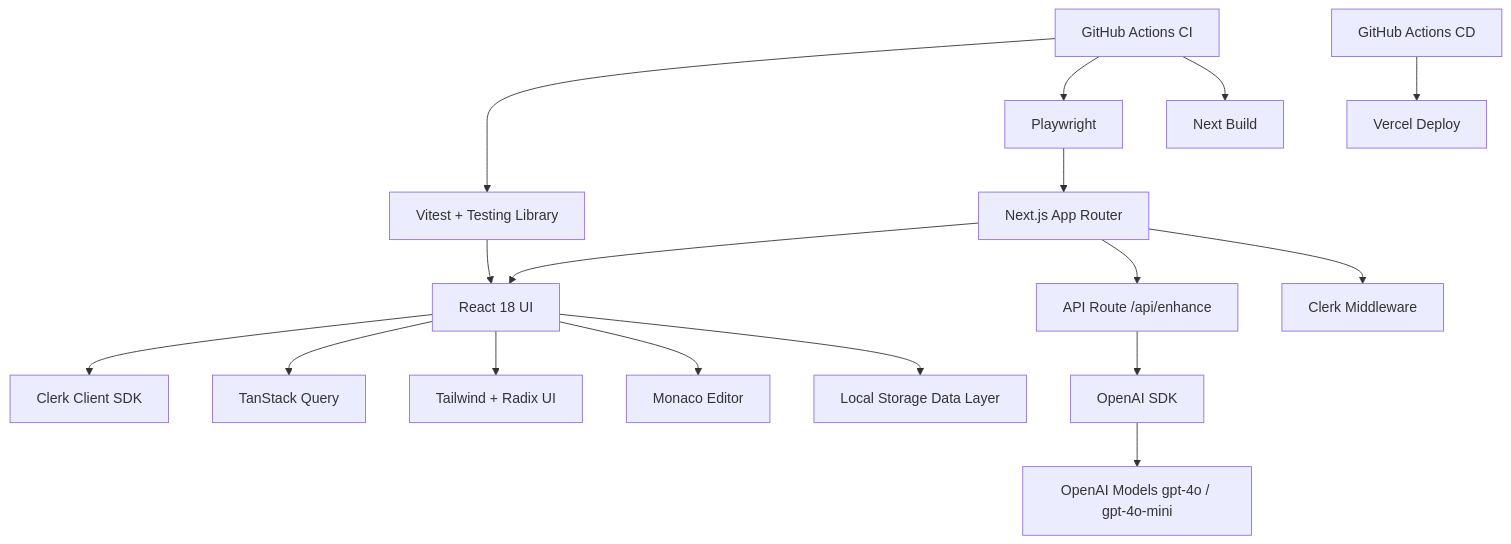
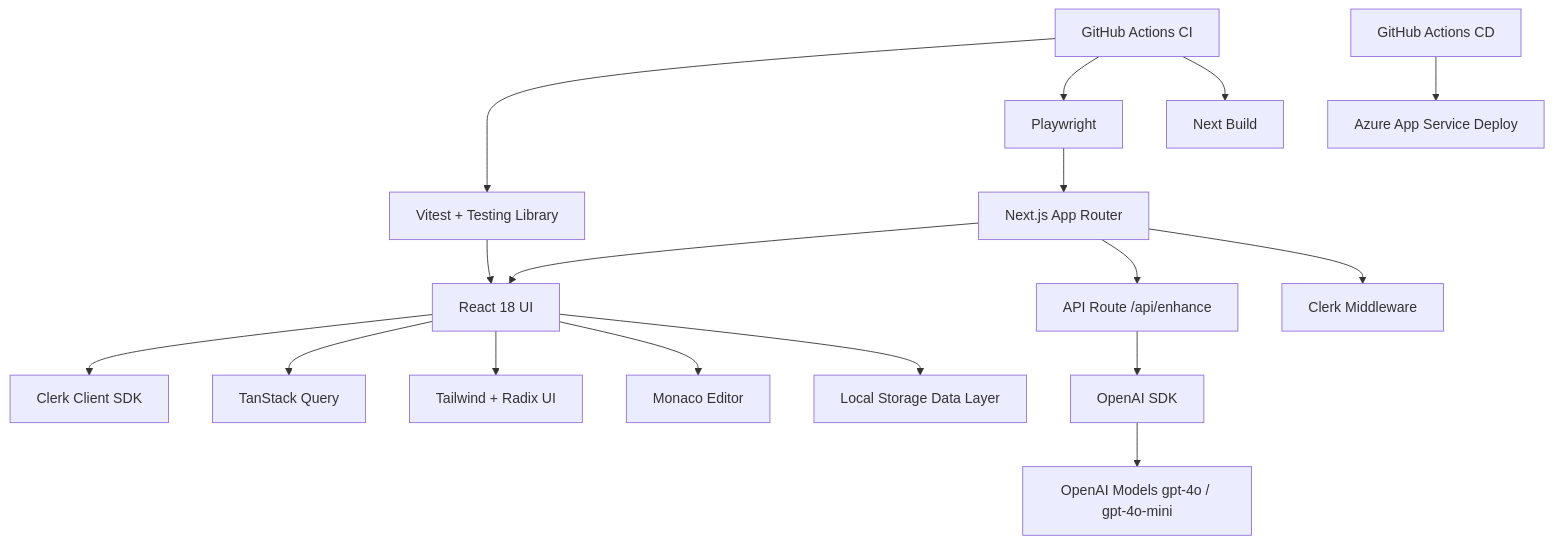
The diagram in README.md (mddawoodrahman/zeus-website), drawn with Mermaid before and after one commit. The commit also changed other lines of this file and 4 other files, not shown here.

Commit message:
Remove Vercel pipeline and harden Azure-first CI/CD

````diff
--- a/README.md
+++ b/README.md
@@ -105,19 +105,19 @@
 ```mermaid
 graph TD
     A[Next.js App Router] --> B[React 18 UI]
     A --> C[API Route /api/enhance]
     B --> D[Clerk Client SDK]
     A --> E[Clerk Middleware]
     B --> F[TanStack Query]
     B --> G[Tailwind + Radix UI]
     B --> H[Monaco Editor]
     C --> I[OpenAI SDK]
     I --> J[OpenAI Models gpt-4o / gpt-4o-mini]
     B --> K[Local Storage Data Layer]
     L[Vitest + Testing Library] --> B
     M[Playwright] --> A
     N[GitHub Actions CI] --> L
     N --> M
     N --> O[Next Build]
-    P[GitHub Actions CD] --> Q[Vercel Deploy]
+    P[GitHub Actions CD] --> R[Azure App Service Deploy]
 ```
````
